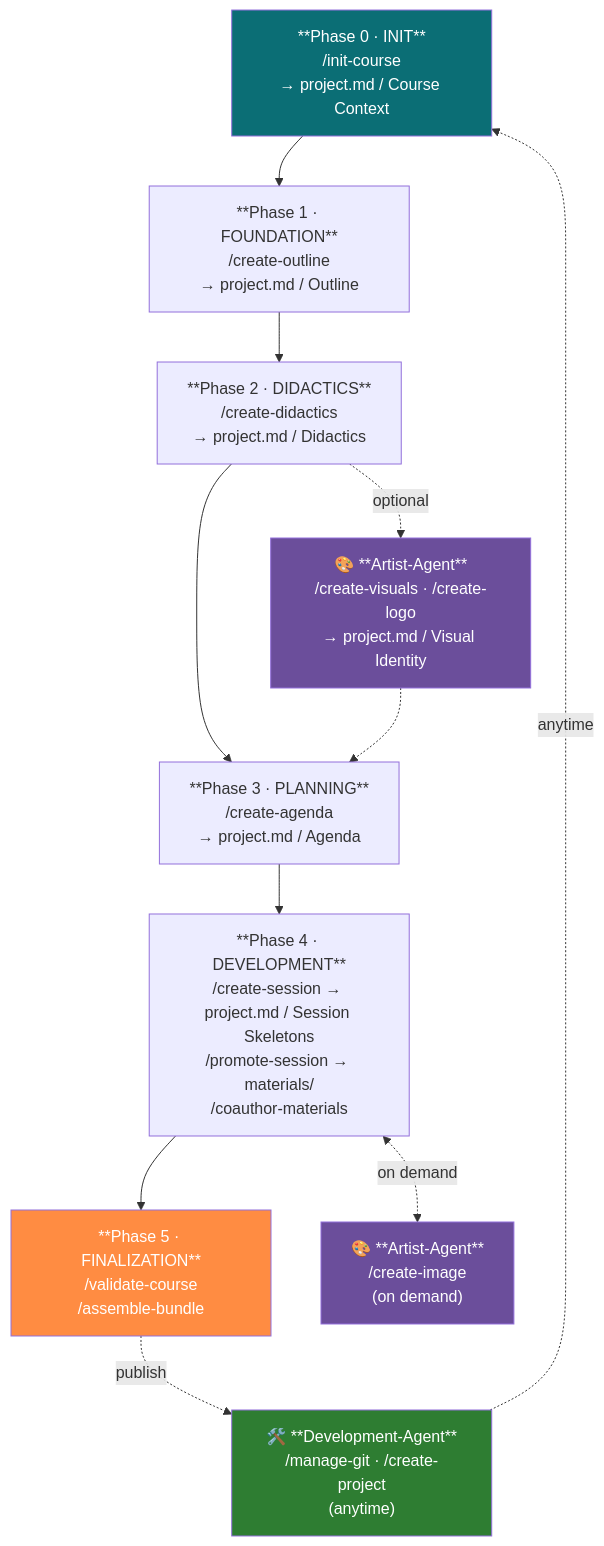
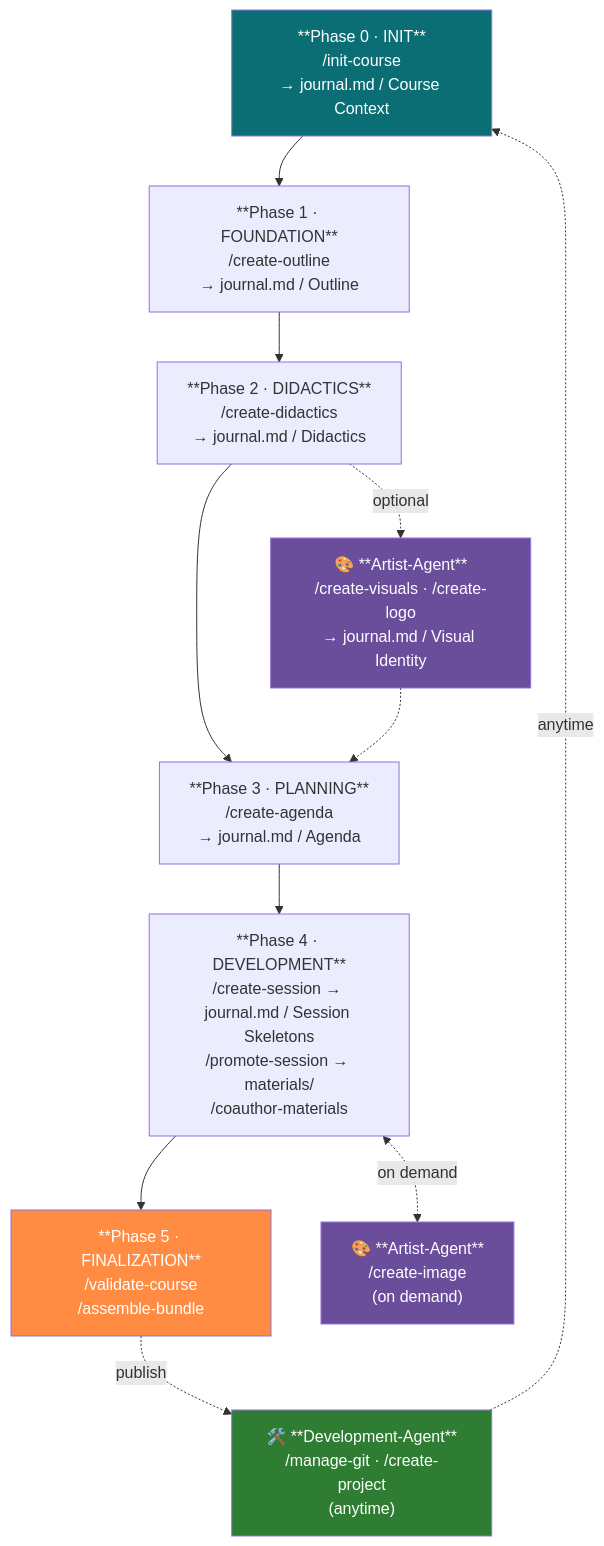
The diagram in README.md (LiaScript/teaching-agent), drawn with Mermaid before and after one commit. The commit also changed other lines of this file and 38 other files, not shown here.

Commit message:
renamed project.md to journal.md

````diff
--- a/README.md
+++ b/README.md
@@ -75,25 +75,25 @@
 ```mermaid
 flowchart TD
-    INIT["**Phase 0 · INIT**<br/>/init-course<br/>→ project.md / Course Context"]
-    OUTLINE["**Phase 1 · FOUNDATION**<br/>/create-outline<br/>→ project.md / Outline"]
-    DIDACTICS["**Phase 2 · DIDACTICS**<br/>/create-didactics<br/>→ project.md / Didactics"]
-    AGENDA["**Phase 3 · PLANNING**<br/>/create-agenda<br/>→ project.md / Agenda"]
-    DEV["**Phase 4 · DEVELOPMENT**<br/>/create-session → project.md / Session Skeletons<br/>/promote-session → materials/<br/>/coauthor-materials"]
+    INIT["**Phase 0 · INIT**<br/>/init-course<br/>→ journal.md / Course Context"]
+    OUTLINE["**Phase 1 · FOUNDATION**<br/>/create-outline<br/>→ journal.md / Outline"]
+    DIDACTICS["**Phase 2 · DIDACTICS**<br/>/create-didactics<br/>→ journal.md / Didactics"]
+    AGENDA["**Phase 3 · PLANNING**<br/>/create-agenda<br/>→ journal.md / Agenda"]
+    DEV["**Phase 4 · DEVELOPMENT**<br/>/create-session → journal.md / Session Skeletons<br/>/promote-session → materials/<br/>/coauthor-materials"]
     FINAL["**Phase 5 · FINALIZATION**<br/>/validate-course<br/>/assemble-bundle"]
 
-    ART1["🎨 **Artist-Agent**<br/>/create-visuals · /create-logo<br/>→ project.md / Visual Identity"]
+    ART1["🎨 **Artist-Agent**<br/>/create-visuals · /create-logo<br/>→ journal.md / Visual Identity"]
     ART2["🎨 **Artist-Agent**<br/>/create-image<br/>(on demand)"]
     DEVAGT["🛠️ **Development-Agent**<br/>/manage-git · /create-project<br/>(anytime)"]
 
     INIT --> OUTLINE --> DIDACTICS --> AGENDA --> DEV --> FINAL
     DIDACTICS -.->|optional| ART1 -.-> AGENDA
     DEV <-.->|on demand| ART2
     FINAL -.->|publish| DEVAGT
     DEVAGT -.->|anytime| INIT
 
     style INIT fill:#0B6E75,color:#fff
     style FINAL fill:#FF8C42,color:#fff
     style ART1 fill:#6B4E9B,color:#fff
     style ART2 fill:#6B4E9B,color:#fff
     style DEVAGT fill:#2E7D32,color:#fff
 ```
````
